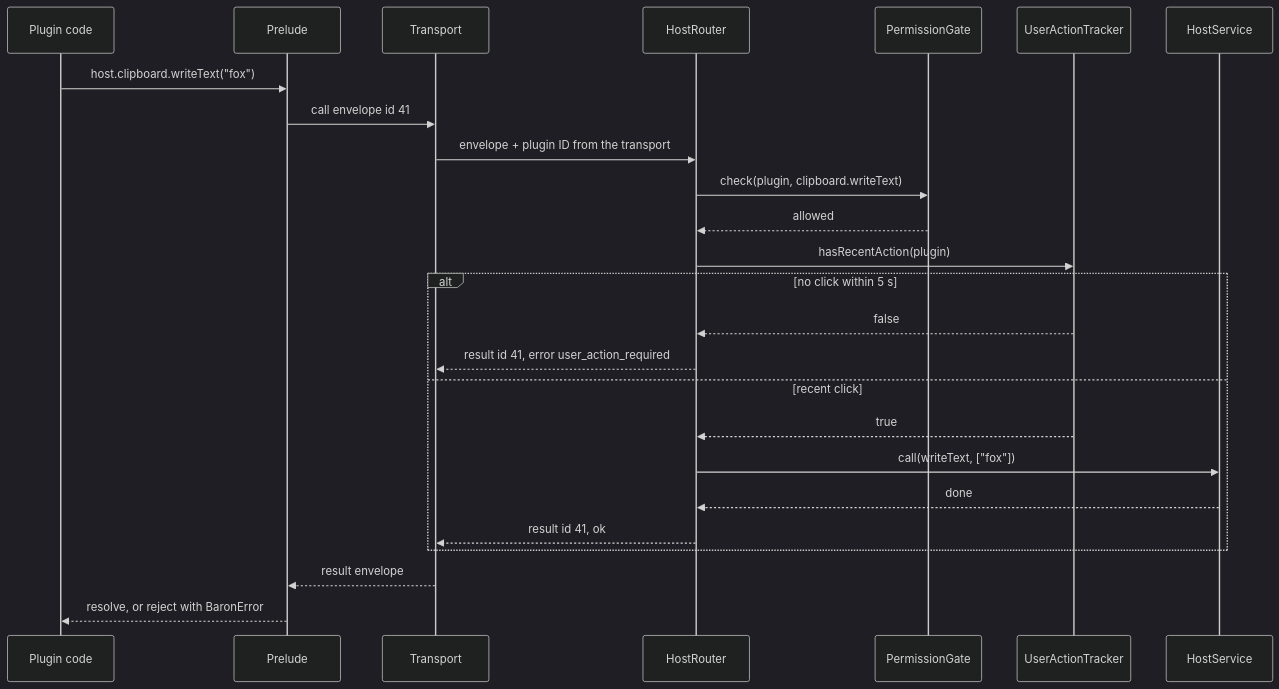
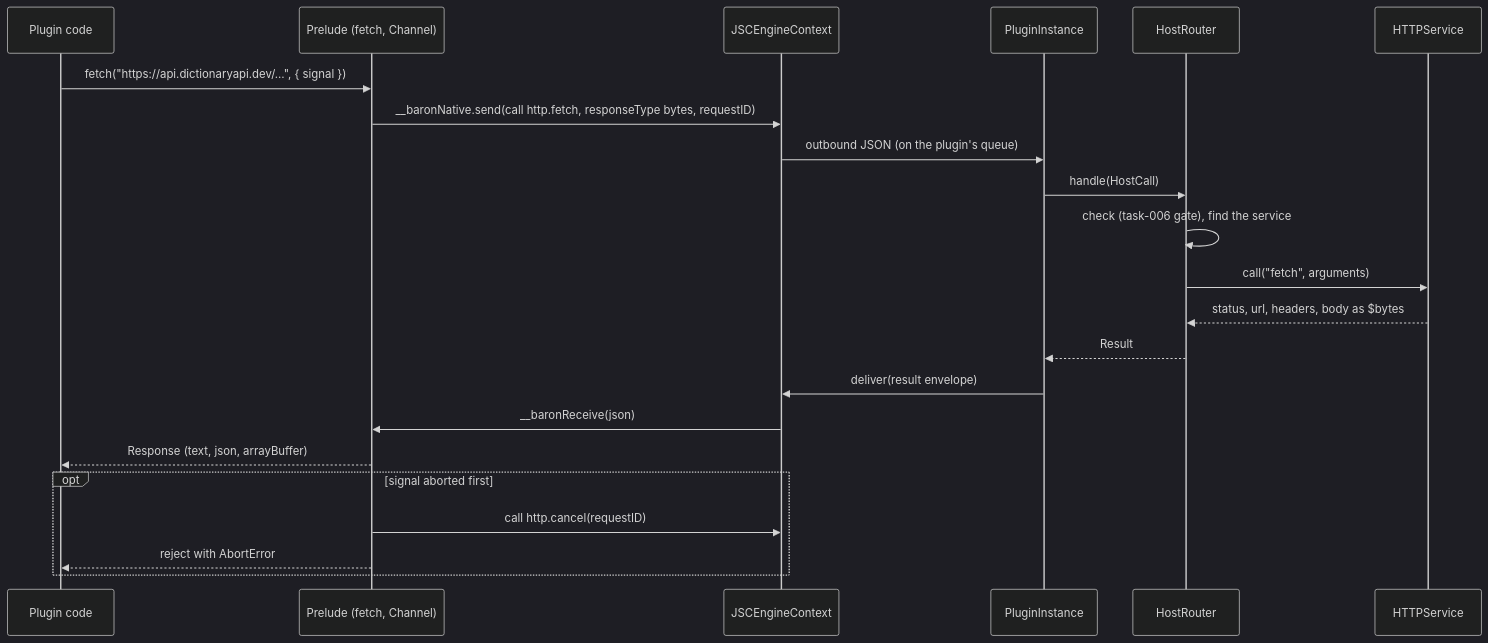
Before and after one commit to mx-in/ODH: the second of 2 diagrams in docs/design/plugin-platform/03-host-api-and-ipc.md, drawn with Mermaid (dark theme). The commit also changed other lines of this file and 4 other files, not shown here.

First line of the commit message:
docs(design): draw the runtime, host API and tooling as built in task-005

````diff
--- a/docs/design/plugin-platform/03-host-api-and-ipc.md
+++ b/docs/design/plugin-platform/03-host-api-and-ipc.md
@@ -208,27 +231,24 @@
 ```mermaid
 sequenceDiagram
   participant Code as Plugin code
-  participant Prelude
-  participant T as Transport
+  participant Prelude as Prelude (fetch, Channel)
+  participant Engine as JSCEngineContext
+  participant Instance as PluginInstance
   participant Router as HostRouter
-  participant Gate as PermissionGate
-  participant UA as UserActionTracker
-  participant Svc as HostService
-  Code->>Prelude: host.clipboard.writeText("fox")
-  Prelude->>T: call envelope id 41
-  T->>Router: envelope + plugin ID from the transport
-  Router->>Gate: check(plugin, clipboard.writeText)
-  Gate-->>Router: allowed
-  Router->>UA: hasRecentAction(plugin)
-  alt no click within 5 s
-    UA-->>Router: false
-    Router-->>T: result id 41, error user_action_required
-  else recent click
-    UA-->>Router: true
-    Router->>Svc: call(writeText, ["fox"])
-    Svc-->>Router: done
-    Router-->>T: result id 41, ok
+  participant HTTP as HTTPService
+  Code->>Prelude: fetch("https://api.dictionaryapi.dev/…", { signal })
+  Prelude->>Engine: __baronNative.send(call http.fetch, responseType bytes, requestID)
+  Engine->>Instance: outbound JSON (on the plugin's queue)
+  Instance->>Router: handle(HostCall)
+  Router->>Router: check (task-006 gate), find the service
+  Router->>HTTP: call("fetch", arguments)
+  HTTP-->>Router: status, url, headers, body as $bytes
+  Router-->>Instance: Result
+  Instance->>Engine: deliver(result envelope)
+  Engine->>Prelude: __baronReceive(json)
+  Prelude-->>Code: Response (text, json, arrayBuffer)
+  opt signal aborted first
+    Prelude->>Engine: call http.cancel(requestID)
+    Prelude-->>Code: reject with AbortError
   end
-  T-->>Prelude: result envelope
-  Prelude-->>Code: resolve, or reject with BaronError
 ```
````
